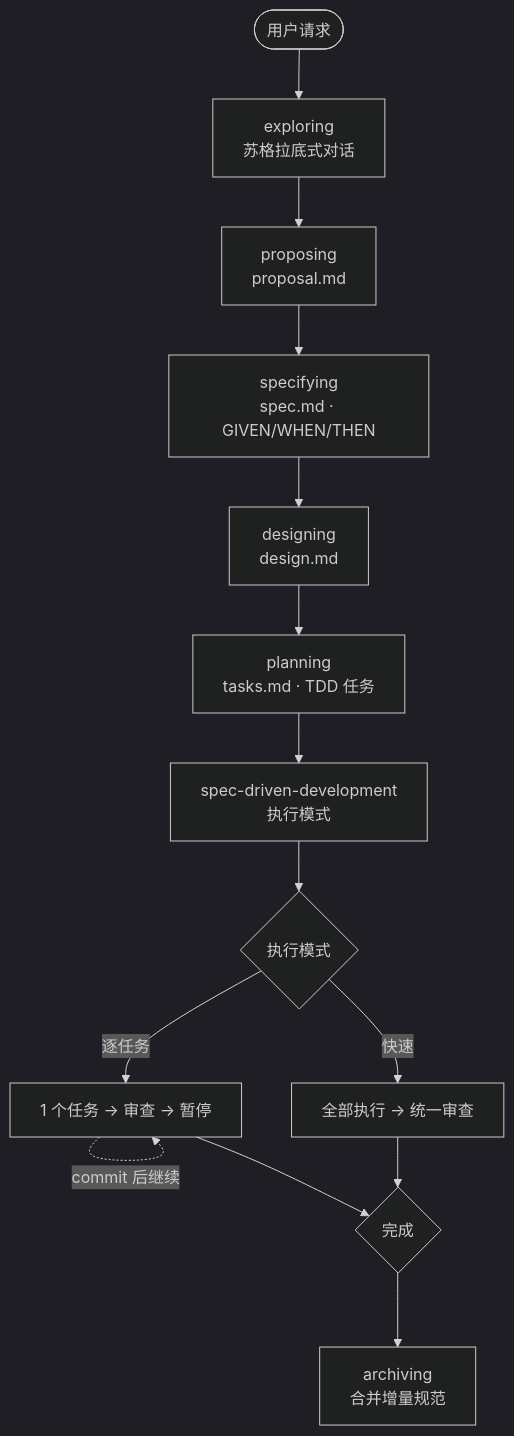
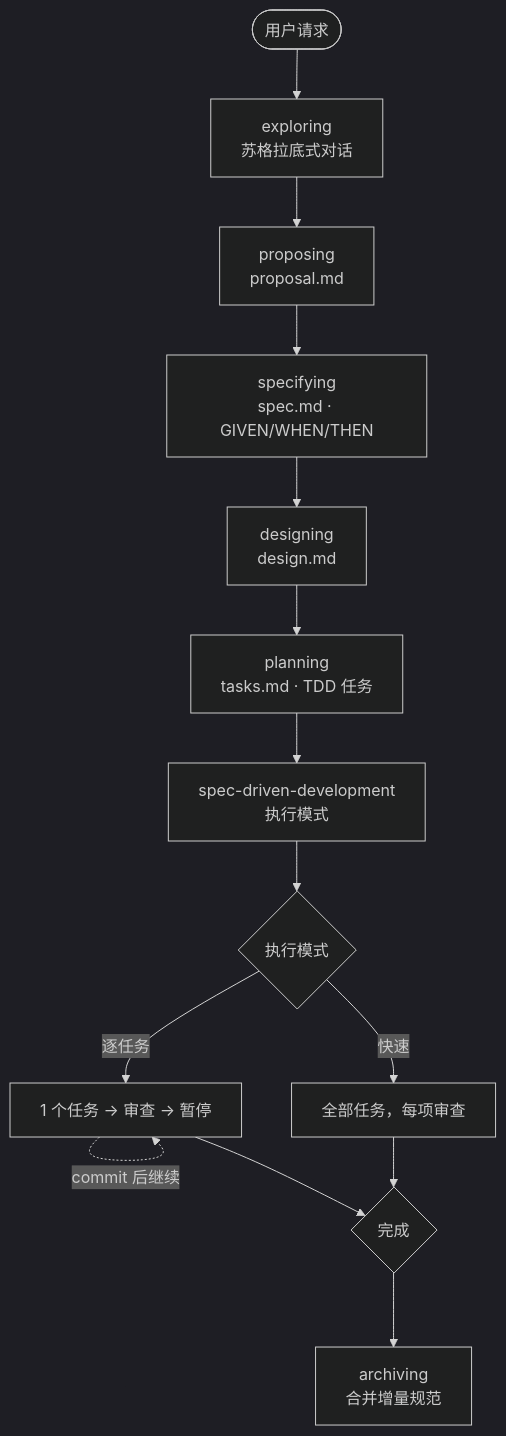
Before and after one commit to NSObjects/specpowers: the first of 2 diagrams in README.zh-CN.md, drawn with Mermaid (dark theme). The commit also changed other lines of this file and 28 other files, not shown here.

````diff
--- a/README.zh-CN.md
+++ b/README.zh-CN.md
@@ -43,16 +43,16 @@
 ```mermaid
 flowchart TD
     Start([用户请求]) --> Exploring[exploring<br/>苏格拉底式对话]
     Exploring --> Proposing[proposing<br/>proposal.md]
     Proposing --> Specifying[specifying<br/>spec.md · GIVEN/WHEN/THEN]
     Specifying --> Designing[designing<br/>design.md]
     Designing --> Planning[planning<br/>tasks.md · TDD 任务]
     Planning --> Execution[spec-driven-development<br/>执行模式]
     Execution --> Choice{执行模式}
     Choice -->|逐任务| Step[1 个任务 → 审查 → 暂停]
-    Choice -->|快速| Fast[全部执行 → 统一审查]
+    Choice -->|快速| Fast[全部任务，每项审查]
     Step -.->|commit 后继续| Step
     Step --> Done
     Fast --> Done
     Done{完成} --> Archiving[archiving<br/>合并增量规范]
 ```
````
